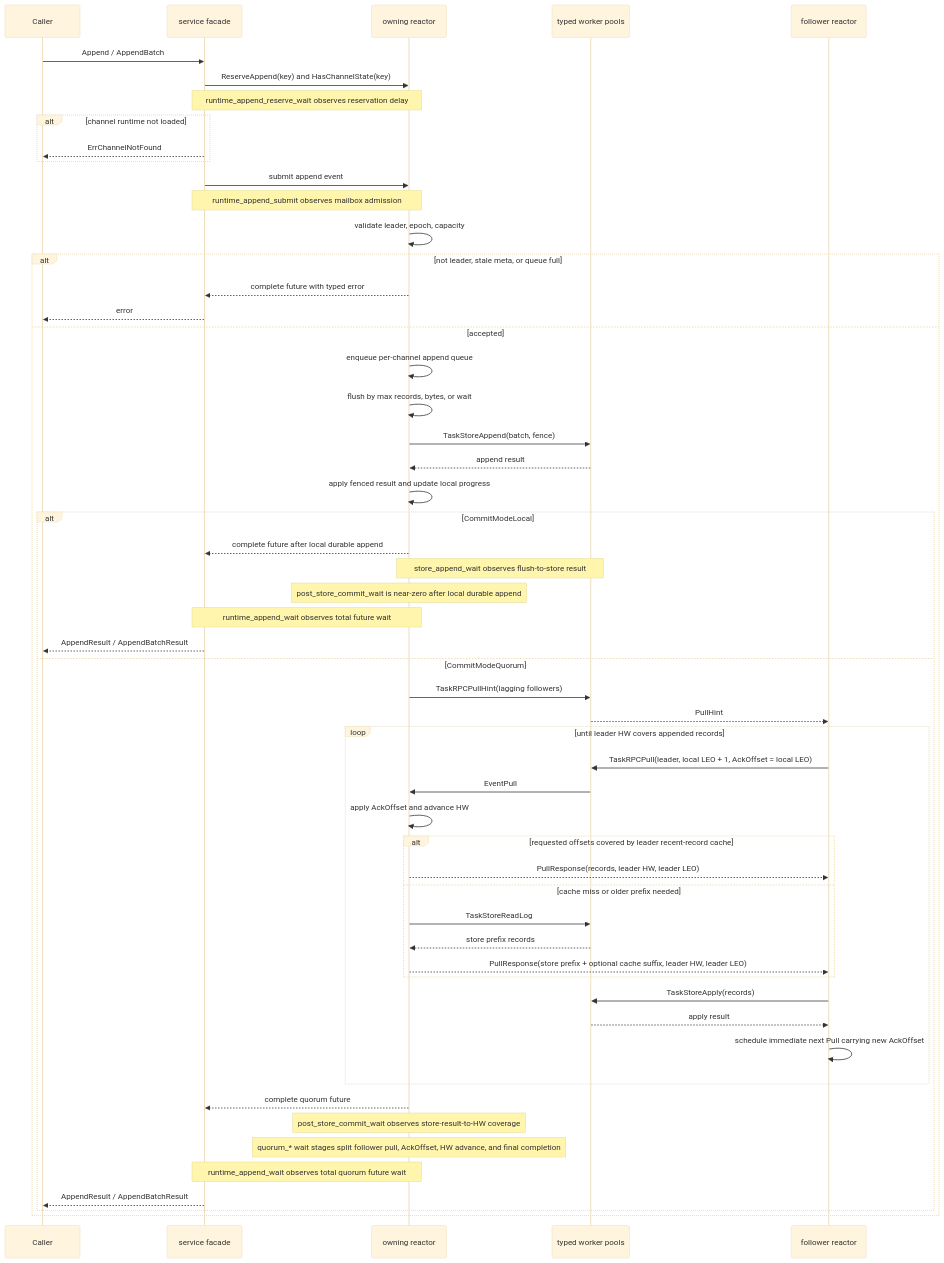
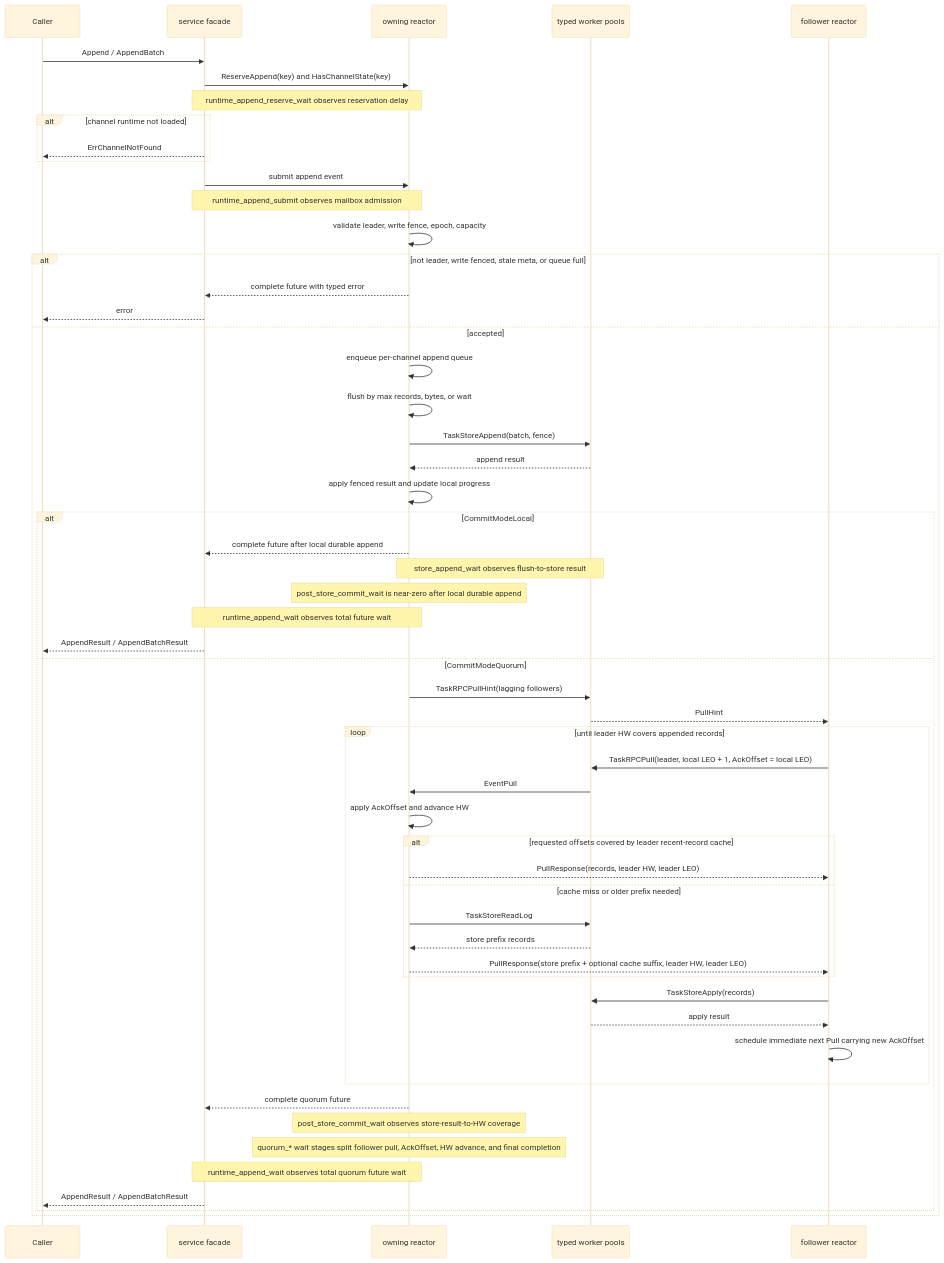
The first of 2 diagrams in pkg/channelv2/FLOW.md (WuKongIM/WuKongIM), drawn with Mermaid (base theme) before and after one commit. The commit also changed other lines of this file and 14 other files, not shown here.

Commit message:
feat: add channelv2 write fence admission

````diff
--- a/pkg/channelv2/FLOW.md
+++ b/pkg/channelv2/FLOW.md
@@ -23,59 +23,59 @@
 ```mermaid
 sequenceDiagram
     participant Caller
     participant Service as service facade
     participant Reactor as owning reactor
     participant Workers as typed worker pools
     participant Follower as follower reactor
 
     Caller->>Service: Append / AppendBatch
     Service->>Reactor: ReserveAppend(key) and HasChannelState(key)
     Note over Service,Reactor: runtime_append_reserve_wait observes reservation delay
     alt channel runtime not loaded
         Service-->>Caller: ErrChannelNotFound
     end
     Service->>Reactor: submit append event
     Note over Service,Reactor: runtime_append_submit observes mailbox admission
-    Reactor->>Reactor: validate leader, epoch, capacity
-    alt not leader, stale meta, or queue full
+    Reactor->>Reactor: validate leader, write fence, epoch, capacity
+    alt not leader, write fenced, stale meta, or queue full
         Reactor-->>Service: complete future with typed error
         Service-->>Caller: error
     else accepted
         Reactor->>Reactor: enqueue per-channel append queue
         Reactor->>Reactor: flush by max records, bytes, or wait
         Reactor->>Workers: TaskStoreAppend(batch, fence)
         Workers-->>Reactor: append result
         Reactor->>Reactor: apply fenced result and update local progress
 
         alt CommitModeLocal
             Reactor-->>Service: complete future after local durable append
             Note over Reactor,Workers: store_append_wait observes flush-to-store result
             Note over Reactor: post_store_commit_wait is near-zero after local durable append
             Note over Service,Reactor: runtime_append_wait observes total future wait
             Service-->>Caller: AppendResult / AppendBatchResult
         else CommitModeQuorum
             Reactor->>Workers: TaskRPCPullHint(lagging followers)
             Workers-->>Follower: PullHint
             loop until leader HW covers appended records
                 Follower->>Workers: TaskRPCPull(leader, local LEO + 1, AckOffset = local LEO)
                 Workers->>Reactor: EventPull
                 Reactor->>Reactor: apply AckOffset and advance HW
                 alt requested offsets covered by leader recent-record cache
                     Reactor-->>Follower: PullResponse(records, leader HW, leader LEO)
                 else cache miss or older prefix needed
                     Reactor->>Workers: TaskStoreReadLog
                     Workers-->>Reactor: store prefix records
                     Reactor-->>Follower: PullResponse(store prefix + optional cache suffix, leader HW, leader LEO)
                 end
                 Follower->>Workers: TaskStoreApply(records)
                 Workers-->>Follower: apply result
                 Follower->>Follower: schedule immediate next Pull carrying new AckOffset
             end
             Reactor-->>Service: complete quorum future
             Note over Reactor: post_store_commit_wait observes store-result-to-HW coverage
             Note over Reactor: quorum_* wait stages split follower pull, AckOffset, HW advance, and final completion
             Note over Service,Reactor: runtime_append_wait observes total quorum future wait
             Service-->>Caller: AppendResult / AppendBatchResult
         end
     end
 ```
````
